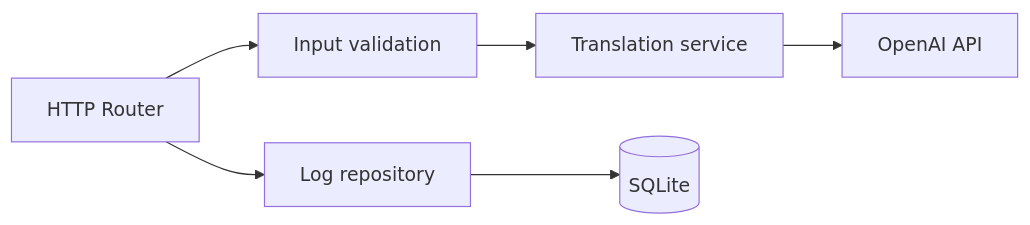
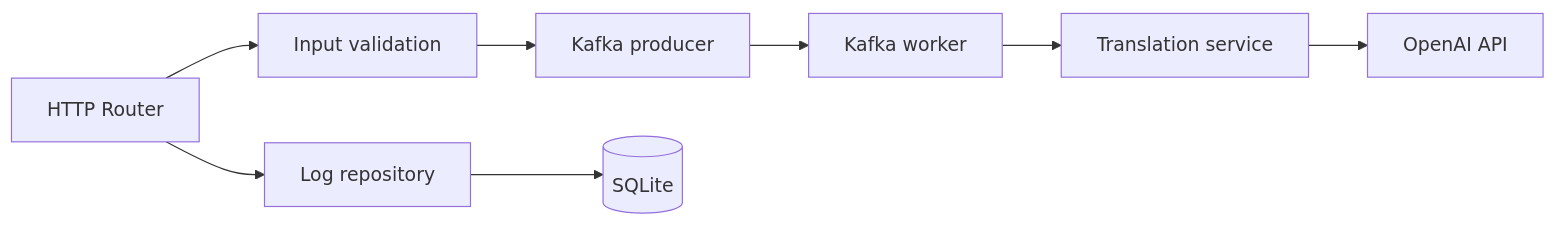
The third of 4 diagrams in docs/ARCHITECTURE.md (viscosha1575/magnit), drawn with Mermaid before and after one commit. The commit also changed other lines of this file and 8 other files, not shown here.

Commit message:
Add durable Kafka translation queue

````diff
--- a/docs/ARCHITECTURE.md
+++ b/docs/ARCHITECTURE.md
@@ -43,15 +48,19 @@
 ```mermaid
 flowchart LR
   router[HTTP Router]
   validator[Input validation]
+  queue[Kafka producer]
+  worker[Kafka worker]
   translator[Translation service]
   logs[Log repository]
   sqlite[(SQLite)]
   openai[OpenAI API]
 
   router --> validator
-  validator --> translator
+  validator --> queue
+  queue --> worker
+  worker --> translator
   translator --> openai
   router --> logs
   logs --> sqlite
 ```
````
